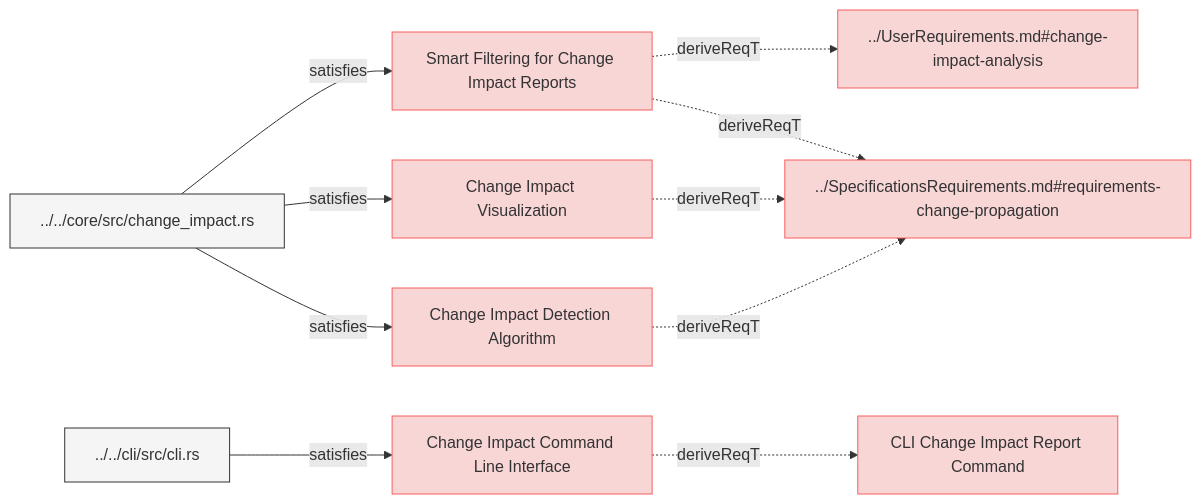
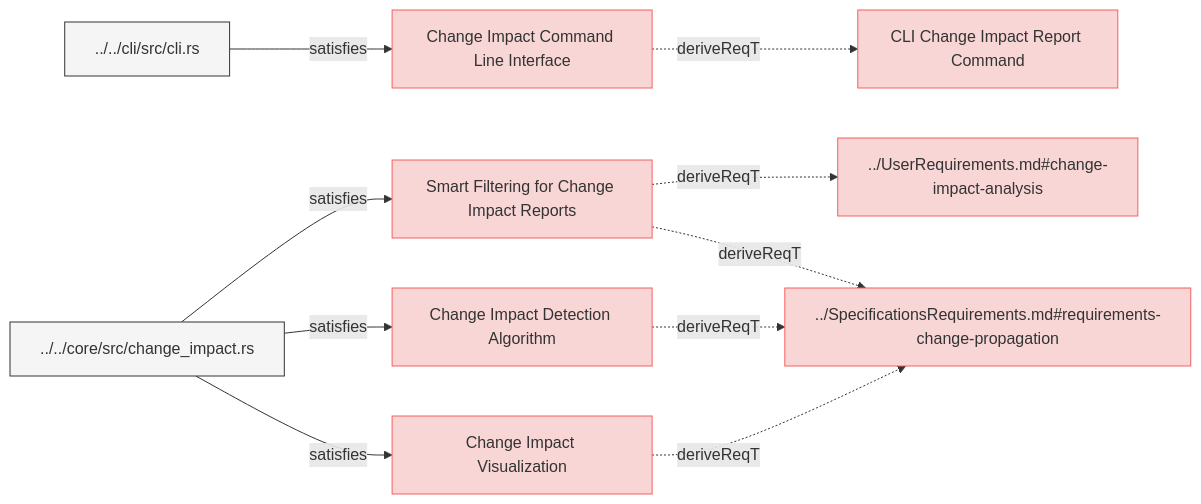
Before and after one commit to reqvire-org/reqvire: the diagram in specifications/SystemRequirements/ChangeImpactPropagation.md, drawn with Mermaid. The commit also changed other lines of this file and 14 other files, not shown here.

````diff
--- a/specifications/SystemRequirements/ChangeImpactPropagation.md
+++ b/specifications/SystemRequirements/ChangeImpactPropagation.md
@@ -6,51 +6,51 @@
 ```mermaid
 graph LR;
   %% Graph styling
   classDef requirement fill:#f9d6d6,stroke:#f55f5f,stroke-width:1px;
   classDef verification fill:#d6f9d6,stroke:#5fd75f,stroke-width:1px;
   classDef externalLink fill:#d0e0ff,stroke:#3080ff,stroke-width:1px;
   classDef default fill:#f5f5f5,stroke:#333333,stroke-width:1px;
 
+  37a75398bd174177["Change Impact Command Line Interface"];
+  class 37a75398bd174177 requirement;
+  click 37a75398bd174177 "ChangeImpactPropagation.md#change-impact-command-line-interface";
+  4c9ae0a2fb751ce6["CLI Change Impact Report Command"];
+  class 4c9ae0a2fb751ce6 requirement;
+  click 4c9ae0a2fb751ce6 "Requirements.md#cli-change-impact-report-command";
+  37a75398bd174177 -.->|deriveReqT| 4c9ae0a2fb751ce6;
+  80defdd4cbc7ee18["../../cli/src/cli.rs"];
+  class 80defdd4cbc7ee18 default;
+  click 80defdd4cbc7ee18 "../../cli/src/cli.rs";
+  80defdd4cbc7ee18 -->|satisfies| 37a75398bd174177;
   ced028f36159c967["Smart Filtering for Change Impact Reports"];
   class ced028f36159c967 requirement;
   click ced028f36159c967 "ChangeImpactPropagation.md#smart-filtering-for-change-impact-reports";
   9933cac5853a8584["../UserRequirements.md#change-impact-analysis"];
   class 9933cac5853a8584 requirement;
   click 9933cac5853a8584 "../UserRequirements.md#change-impact-analysis";
   ced028f36159c967 -.->|deriveReqT| 9933cac5853a8584;
   2054606d7574a553["../SpecificationsRequirements.md#requirements-change-propagation"];
   class 2054606d7574a553 requirement;
   click 2054606d7574a553 "../SpecificationsRequirements.md#requirements-change-propagation";
   ced028f36159c967 -.->|deriveReqT| 2054606d7574a553;
   4b89dbed94c08c3e["../../core/src/change_impact.rs"];
   class 4b89dbed94c08c3e default;
   click 4b89dbed94c08c3e "../../core/src/change_impact.rs";
   4b89dbed94c08c3e -->|satisfies| ced028f36159c967;
+  c8d1020a3844532d["Change Impact Detection Algorithm"];
+  class c8d1020a3844532d requirement;
+  click c8d1020a3844532d "ChangeImpactPropagation.md#change-impact-detection-algorithm";
+  c8d1020a3844532d -.->|deriveReqT| 2054606d7574a553;
+  4b89dbed94c08c3e["../../core/src/change_impact.rs"];
+  class 4b89dbed94c08c3e default;
+  click 4b89dbed94c08c3e "../../core/src/change_impact.rs";
+  4b89dbed94c08c3e -->|satisfies| c8d1020a3844532d;
   4ba519ed09b81863["Change Impact Visualization"];
   class 4ba519ed09b81863 requirement;
   click 4ba519ed09b81863 "ChangeImpactPropagation.md#change-impact-visualization";
   4ba519ed09b81863 -.->|deriveReqT| 2054606d7574a553;
   4b89dbed94c08c3e["../../core/src/change_impact.rs"];
   class 4b89dbed94c08c3e default;
   click 4b89dbed94c08c3e "../../core/src/change_impact.rs";
   4b89dbed94c08c3e -->|satisfies| 4ba519ed09b81863;
-  37a75398bd174177["Change Impact Command Line Interface"];
-  class 37a75398bd174177 requirement;
-  click 37a75398bd174177 "ChangeImpactPropagation.md#change-impact-command-line-interface";
-  4c9ae0a2fb751ce6["CLI Change Impact Report Command"];
-  class 4c9ae0a2fb751ce6 requirement;
-  click 4c9ae0a2fb751ce6 "Requirements.md#cli-change-impact-report-command";
-  37a75398bd174177 -.->|deriveReqT| 4c9ae0a2fb751ce6;
-  80defdd4cbc7ee18["../../cli/src/cli.rs"];
-  class 80defdd4cbc7ee18 default;
-  click 80defdd4cbc7ee18 "../../cli/src/cli.rs";
-  80defdd4cbc7ee18 -->|satisfies| 37a75398bd174177;
-  c8d1020a3844532d["Change Impact Detection Algorithm"];
-  class c8d1020a3844532d requirement;
-  click c8d1020a3844532d "ChangeImpactPropagation.md#change-impact-detection-algorithm";
-  c8d1020a3844532d -.->|deriveReqT| 2054606d7574a553;
-  4b89dbed94c08c3e["../../core/src/change_impact.rs"];
-  class 4b89dbed94c08c3e default;
-  click 4b89dbed94c08c3e "../../core/src/change_impact.rs";
-  4b89dbed94c08c3e -->|satisfies| c8d1020a3844532d;
 ```
````
